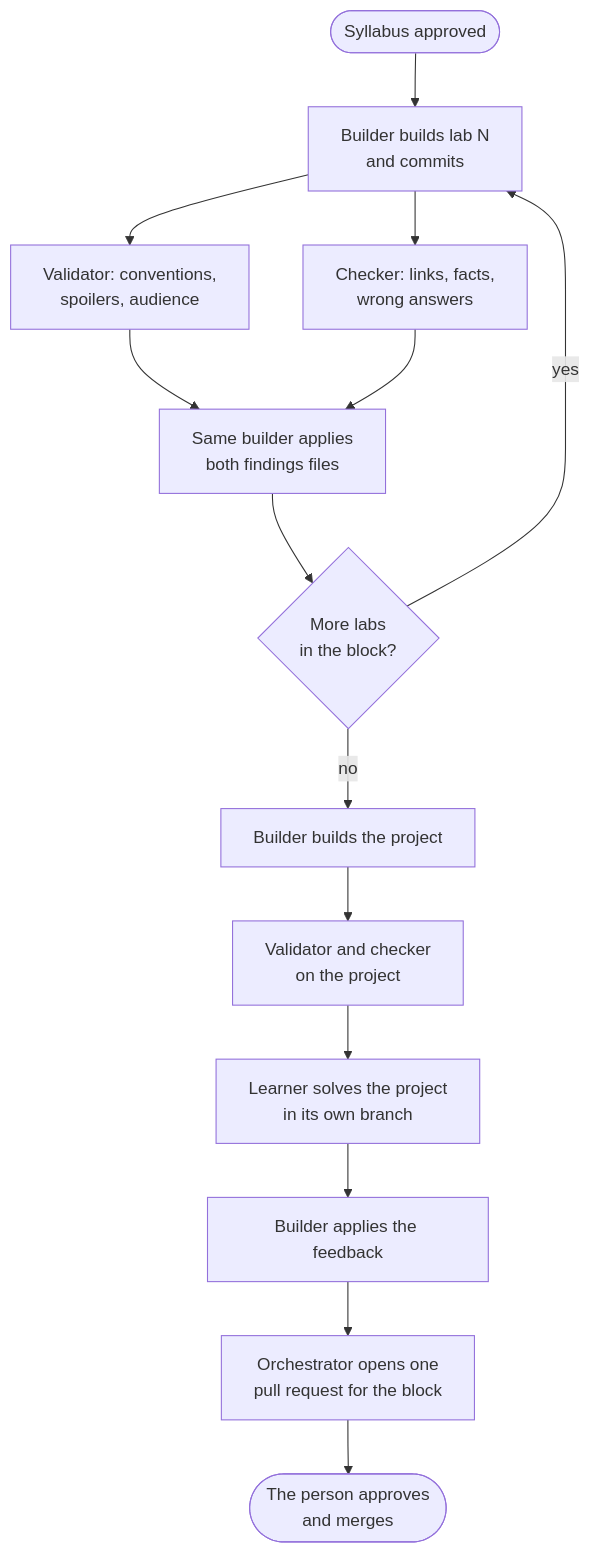
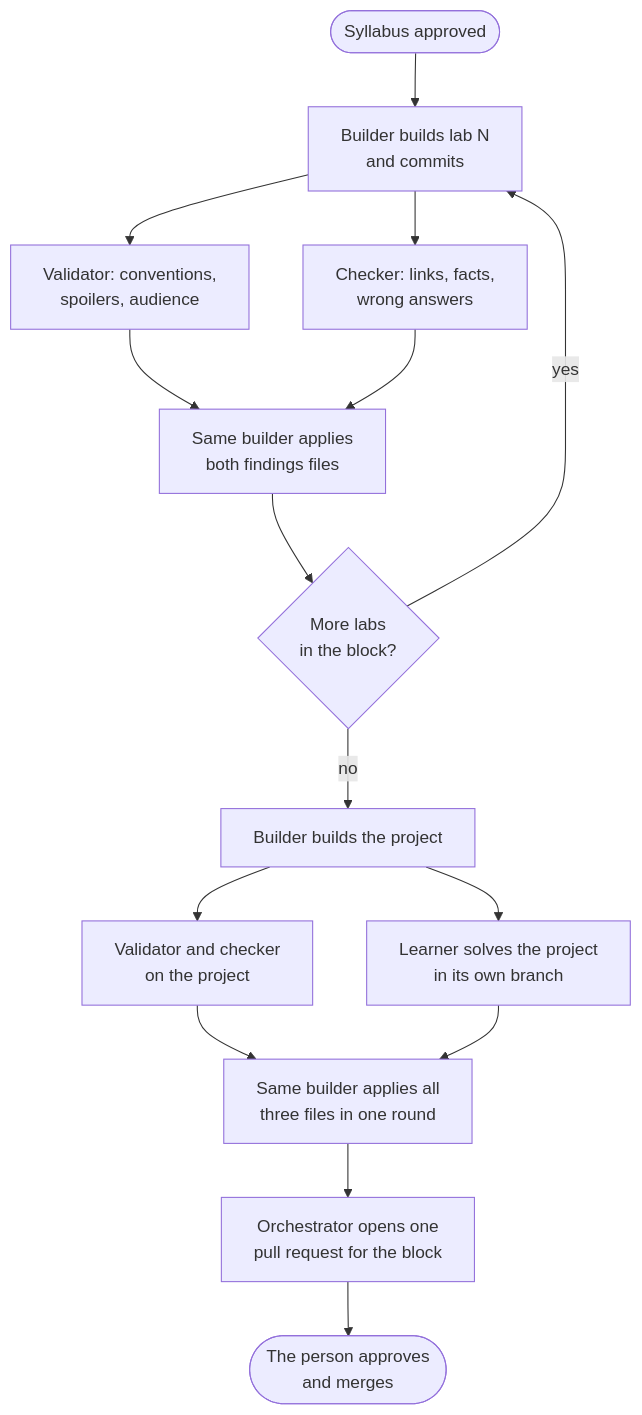
The first of 2 diagrams in skills/studyforge/references/multi-agent-build.md (Chamba-Lab/studyforge), drawn with Mermaid before and after one commit. The commit also changed other lines of this file, not shown here.

First line of the commit message:
docs(skill): budget every agent, check anchors in raw HTML and run the project's reviews and learner together in the multi-agent build

````diff
--- a/skills/studyforge/references/multi-agent-build.md
+++ b/skills/studyforge/references/multi-agent-build.md
@@ -42,16 +42,17 @@
 ```mermaid
 flowchart TD
     S([Syllabus approved]) --> B[Builder builds lab N<br/>and commits]
     B --> V[Validator: conventions,<br/>spoilers, audience]
     B --> C[Checker: links, facts,<br/>wrong answers]
     V --> F[Same builder applies<br/>both findings files]
     C --> F
     F --> N{More labs<br/>in the block?}
     N -- yes --> B
     N -- no --> P[Builder builds the project]
     P --> PV[Validator and checker<br/>on the project]
-    PV --> L[Learner solves the project<br/>in its own branch]
-    L --> PF[Builder applies the feedback]
+    P --> L[Learner solves the project<br/>in its own branch]
+    PV --> PF[Same builder applies all<br/>three files in one round]
+    L --> PF
     PF --> PR[Orchestrator opens one<br/>pull request for the block]
     PR --> H([The person approves<br/>and merges])
 ```
````
